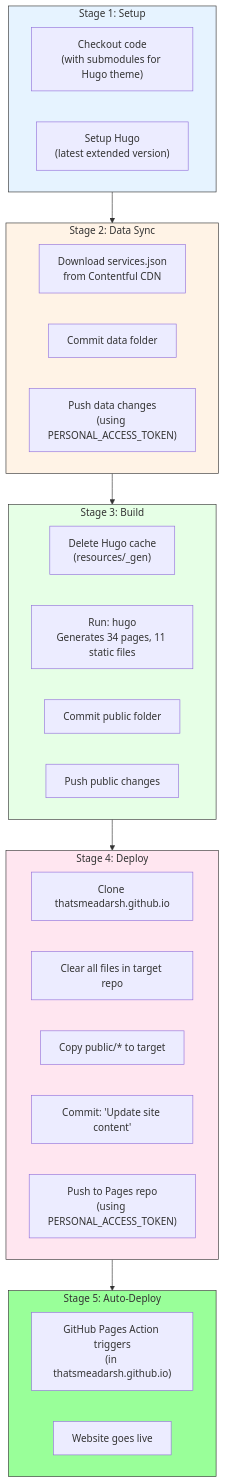
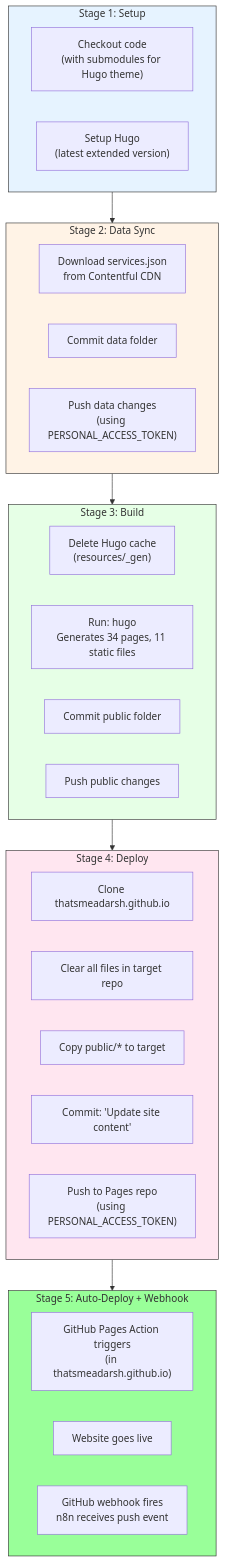
Before and after one commit to thatsmeadarsh/n8n-powered-auto-web-publish: the second of 7 diagrams in docs/workflow-documentation.md, drawn with Mermaid. The commit also changed other lines of this file and 7 other files, not shown here.

First line of the commit message:
Replace fswatch watcher with GitHub webhook trigger in n8n

````diff
--- a/docs/workflow-documentation.md
+++ b/docs/workflow-documentation.md
@@ -84,41 +35,42 @@
 ```mermaid
 graph TD
     subgraph Stage1["Stage 1: Setup"]
         CO["Checkout code<br/>(with submodules for Hugo theme)"]
         HS["Setup Hugo<br/>(latest extended version)"]
     end
 
     subgraph Stage2["Stage 2: Data Sync"]
         DL["Download services.json<br/>from Contentful CDN"]
         CD["Commit data folder"]
         PD["Push data changes<br/>(using PERSONAL_ACCESS_TOKEN)"]
     end
 
     subgraph Stage3["Stage 3: Build"]
         RC["Delete Hugo cache<br/>(resources/_gen)"]
         HB["Run: hugo<br/>Generates 34 pages, 11 static files"]
         CP["Commit public folder"]
         PP["Push public changes"]
     end
 
     subgraph Stage4["Stage 4: Deploy"]
         CL["Clone thatsmeadarsh.github.io"]
         RM["Clear all files in target repo"]
         CY["Copy public/* to target"]
         CM["Commit: 'Update site content'"]
         PS["Push to Pages repo<br/>(using PERSONAL_ACCESS_TOKEN)"]
     end
 
-    subgraph Stage5["Stage 5: Auto-Deploy"]
+    subgraph Stage5["Stage 5: Auto-Deploy + Webhook"]
         PA["GitHub Pages Action triggers<br/>(in thatsmeadarsh.github.io)"]
         WB["Website goes live"]
+        WH["GitHub webhook fires<br/>n8n receives push event"]
     end
 
     Stage1 --> Stage2 --> Stage3 --> Stage4 --> Stage5
 
     style Stage1 fill:#e6f3ff,stroke:#333
     style Stage2 fill:#fff3e6,stroke:#333
     style Stage3 fill:#e6ffe6,stroke:#333
     style Stage4 fill:#ffe6f0,stroke:#333
     style Stage5 fill:#99ff99,stroke:#333
 ```
````
